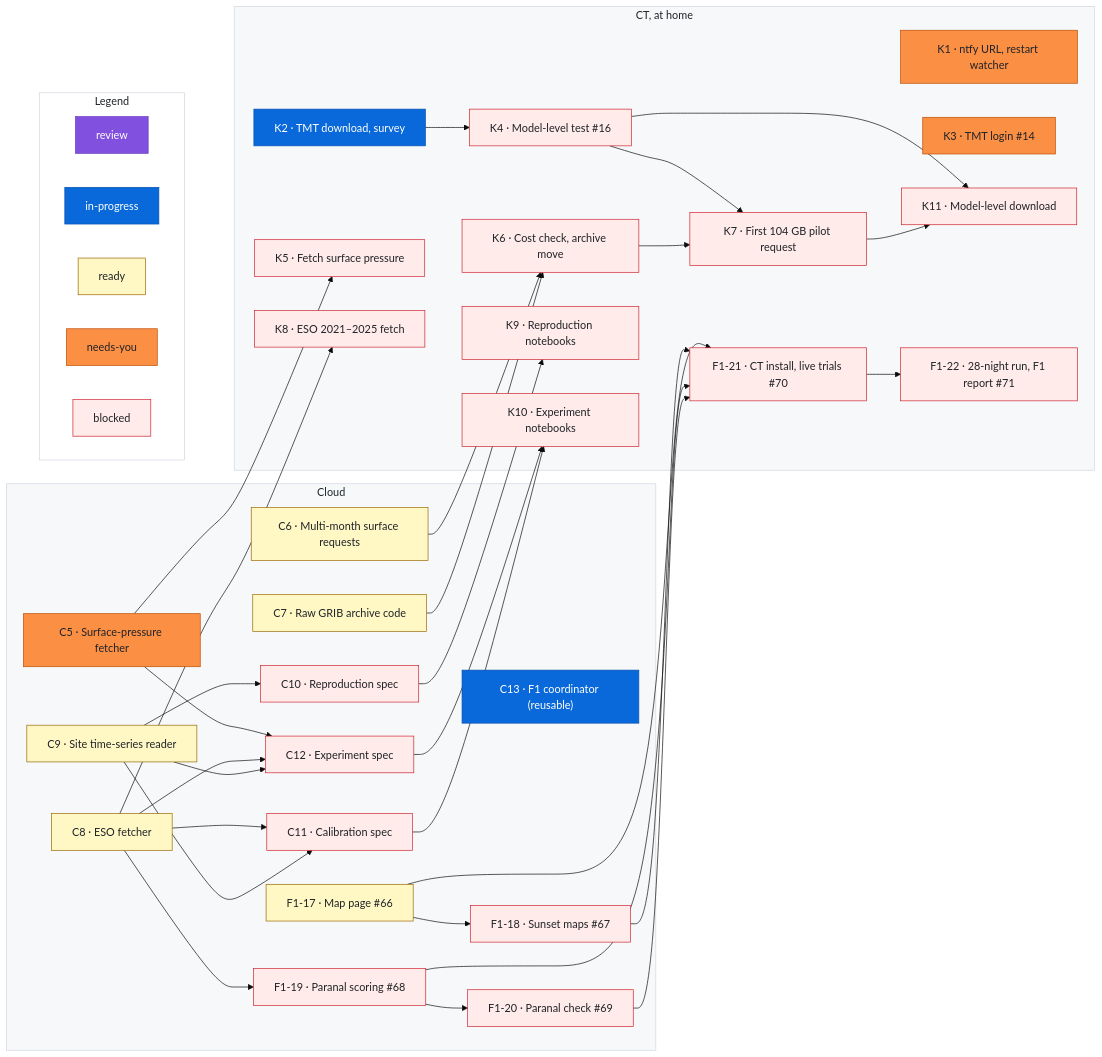
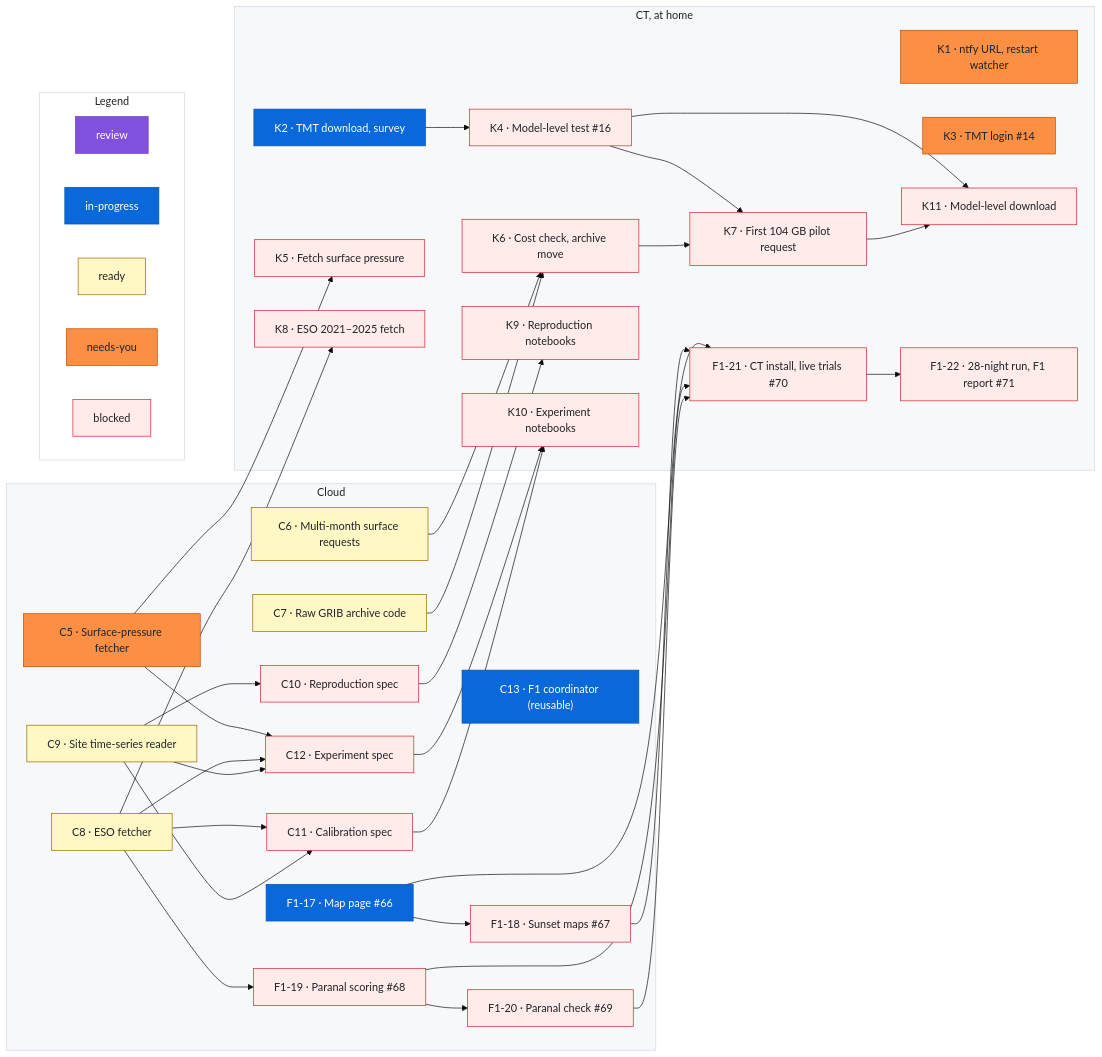
The diagram in docs/roadmap.md (rrweller/Astro-seeing), drawn with Mermaid (base theme) before and after one commit. The commit also changed other lines of this file, not shown here.

Commit message:
roadmap: F1-17 ready → in-progress
Claude-Session: https://claude.ai/code/session_01ECS9raFm3vxsrVcoCuKymK

```diff
--- a/docs/roadmap.md
+++ b/docs/roadmap.md
@@ -165,7 +165,7 @@
   %% ---
   class C13 inprogress
   %% ---
-  class F1_17 ready
+  class F1_17 inprogress
   %% ---
   class F1_18 blocked
   %% ---
```
